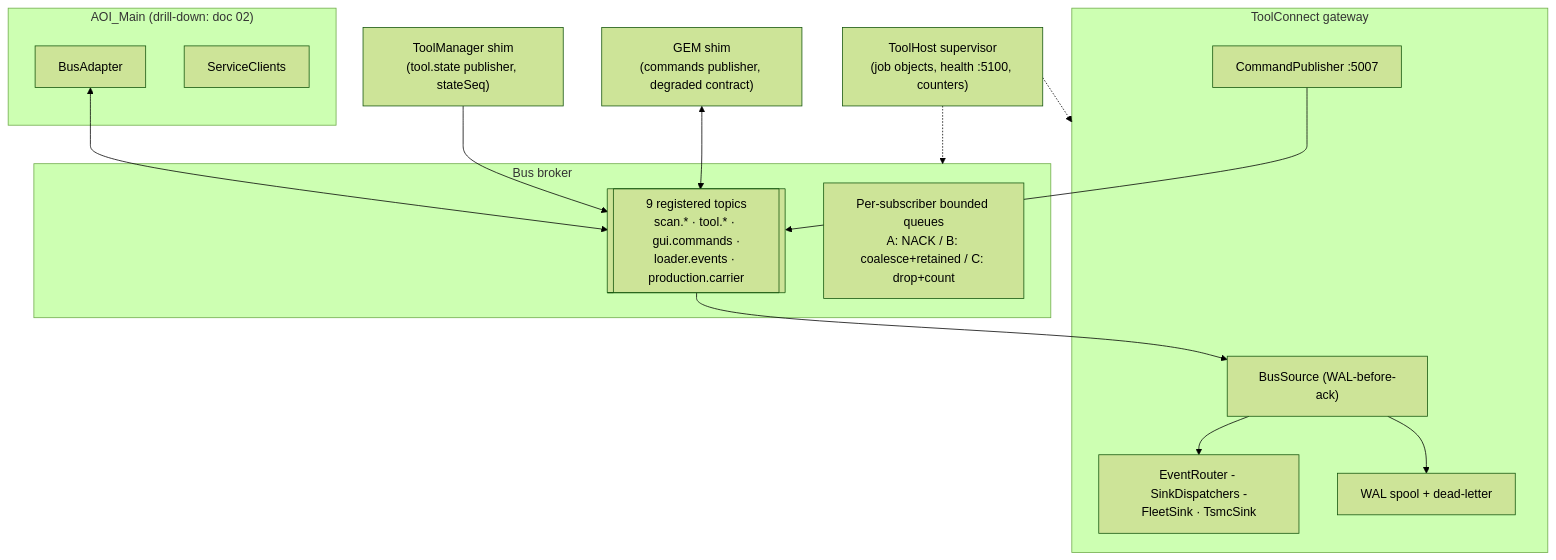
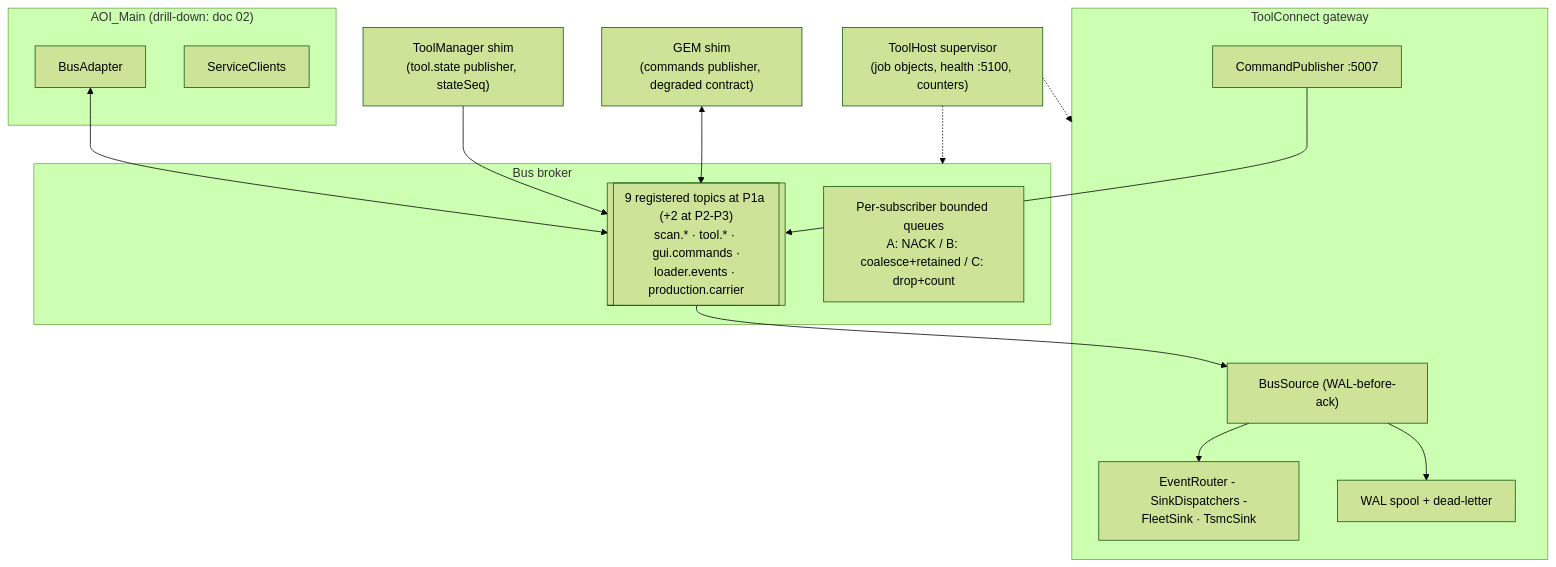
The third of 11 diagrams in stage/01-system-architecture.md (amitA-camtek/bus_gateway), drawn with Mermaid (forest theme) before and after one commit. The commit also changed other lines of this file and 27 other files, not shown here.

````diff
--- a/stage/01-system-architecture.md
+++ b/stage/01-system-architecture.md
@@ -68,29 +68,29 @@
 ```mermaid
 flowchart TB
     subgraph BRK["Bus broker"]
-        TOP[["9 registered topics\nscan.* · tool.* · gui.commands ·\nloader.events · production.carrier"]]
+        TOP[["9 registered topics at P1a (+2 at P2-P3)\nscan.* · tool.* · gui.commands ·\nloader.events · production.carrier"]]
         SUBQ["Per-subscriber bounded queues\nA: NACK / B: coalesce+retained / C: drop+count"]
     end
     subgraph GWC["ToolConnect gateway"]
         BSRC["BusSource (WAL-before-ack)"]
         CMDP["CommandPublisher :5007"]
         SINKS["EventRouter - SinkDispatchers -\nFleetSink · TsmcSink"]
         WAL["WAL spool + dead-letter"]
     end
     subgraph AOIC["AOI_Main (drill-down: doc 02)"]
         BA["BusAdapter"]
         SC["ServiceClients"]
     end
     TMC["ToolManager shim\n(tool.state publisher, stateSeq)"]
     GEMC["GEM shim\n(commands publisher, degraded contract)"]
     THC["ToolHost supervisor\n(job objects, health :5100, counters)"]
 
     BA <--> TOP
     TMC --> TOP
     GEMC <--> TOP
     TOP --> BSRC --> SINKS
     BSRC --> WAL
     CMDP --> TOP
     THC -.-> BRK
     THC -.-> GWC
 ```
````
